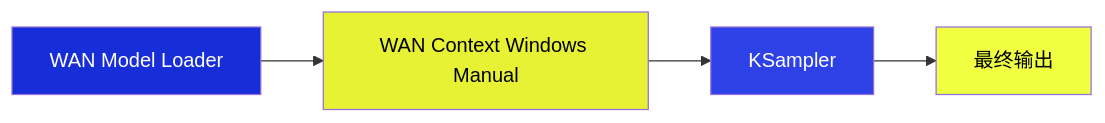
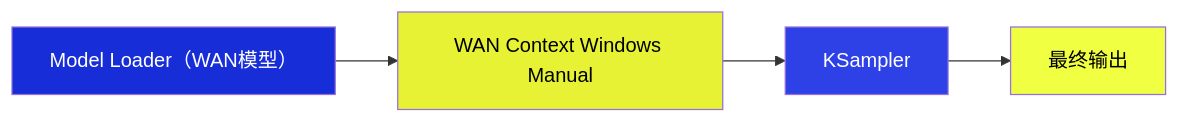
Before and after one commit to Comfy-Org/docs: the third of 3 diagrams in zh-CN/built-in-nodes/WanContextWindowsManualNode.mdx, drawn with Mermaid. The commit also changed other lines of this file and 3 other files, not shown here.

````diff
--- a/zh-CN/built-in-nodes/WanContextWindowsManualNode.mdx
+++ b/zh-CN/built-in-nodes/WanContextWindowsManualNode.mdx
@@ -164,11 +112,11 @@
 ```mermaid
 graph LR
-    A[WAN Model Loader] --> B[WAN Context Windows Manual]
+    A[Model Loader（WAN模型）] --> B[WAN Context Windows Manual]
     B --> C[KSampler]
     C --> D[最终输出]
     
     style A fill:#172DD7,color:#ffffff
     style B fill:#E8F234,color:#000000
     style C fill:#2E41E7,color:#ffffff
     style D fill:#F0FF41,color:#000000
 ```
````
